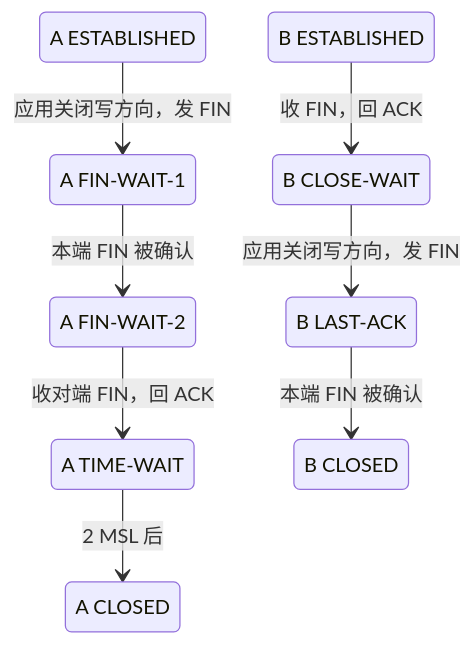
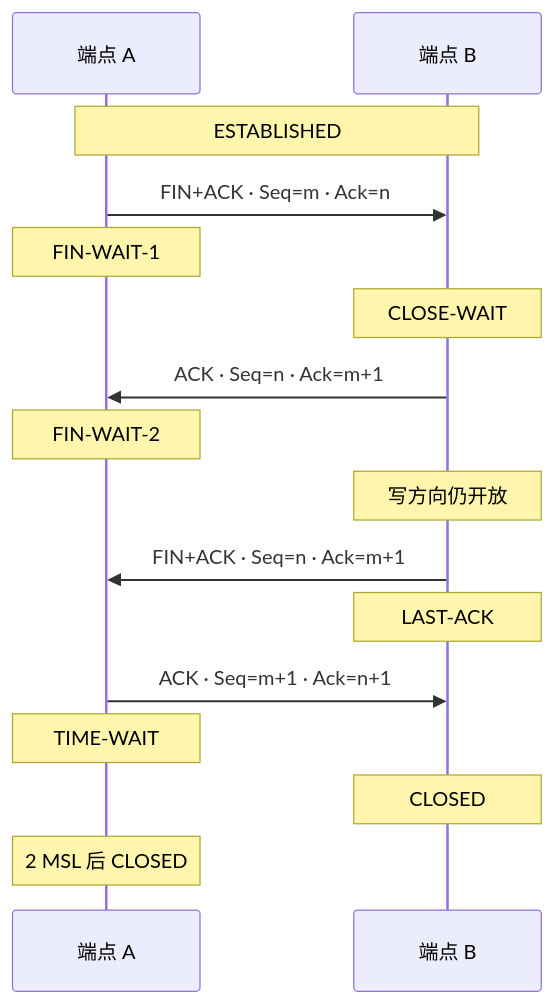
One commit to fordelkon/delkon.us.kg changed the second of 4 diagrams in content/posts/networking/transport-tcp-udp-socket-quic.md. Above: the diagram before and after it, drawn with Mermaid. The commit also changed other lines of this file and 7 other files, not shown here.

Commit message:
docs: improve networking diagrams and protocol comparisons

````diff
--- a/content/posts/networking/transport-tcp-udp-socket-quic.md
+++ b/content/posts/networking/transport-tcp-udp-socket-quic.md
@@ -58,19 +61,18 @@
-```mermaid title="TCP 半关闭、主动关闭与被动关闭" description="从同一条已建立连接的两端分别观察，A 先发 FIN，B 先确认再关闭自身写方向。B 在 CLOSE-WAIT 仍能发送。若两端同时关闭，FIN-WAIT-1 收到尚未确认本端 FIN 的对端 FIN 时可进 CLOSING，待本端 FIN 获确认再进入 TIME-WAIT。省略复位和超时异常。"
-stateDiagram-v2
- state "A ESTABLISHED" as Ae
- state "A FIN-WAIT-1" as A1
- state "A FIN-WAIT-2" as A2
- state "A TIME-WAIT" as At
- state "A CLOSED" as Ac
- state "B ESTABLISHED" as Be
- state "B CLOSE-WAIT" as Bw
- state "B LAST-ACK" as Ba
- state "B CLOSED" as Bc
- Ae --> A1: 应用关闭写方向，发 FIN
- A1 --> A2: 本端 FIN 被确认
- A2 --> At: 收对端 FIN，回 ACK
- At --> Ac: 2 MSL 后
- Be --> Bw: 收 FIN，回 ACK
- Bw --> Ba: 应用关闭写方向，发 FIN
- Ba --> Bc: 本端 FIN 被确认
+```mermaid title="TCP 四段关闭：两个方向分别结束" description="A 先关闭写方向，B 先单独确认，稍后才关闭自己的写方向。自上而下读四段控制报文，间距不表示耗时。半关闭期间 B 仍可向 A 发送数据。图中假设这期间无额外数据。"
+sequenceDiagram
+ participant A as 端点 A
+ participant B as 端点 B
+ Note over A,B: ESTABLISHED
+ A->>B: FIN+ACK · Seq=m · Ack=n
+ Note over A: FIN-WAIT-1
+ Note over B: CLOSE-WAIT
+ B->>A: ACK · Seq=n · Ack=m+1
+ Note over A: FIN-WAIT-2
+ Note over B: 写方向仍开放
+ B->>A: FIN+ACK · Seq=n · Ack=m+1
+ Note over B: LAST-ACK
+ A->>B: ACK · Seq=m+1 · Ack=n+1
+ Note over A: TIME-WAIT
+ Note over B: CLOSED
+ Note over A: 2 MSL 后 CLOSED
 ```
````
